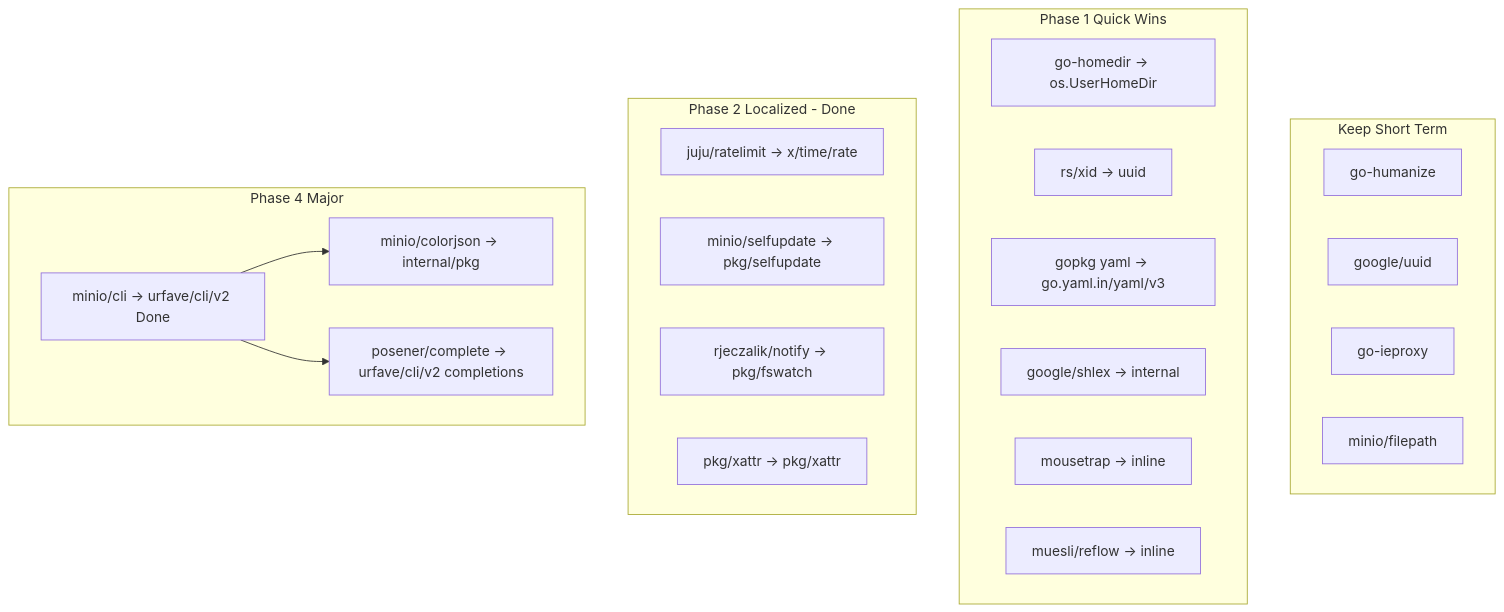
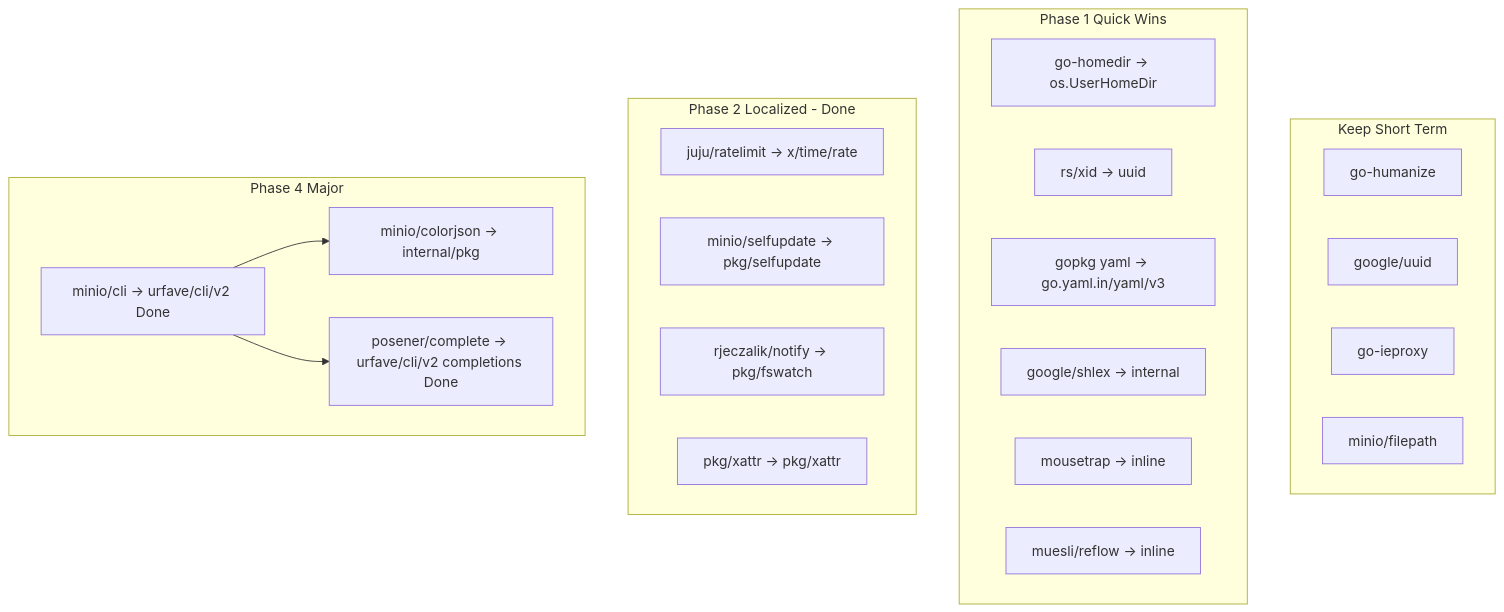
One commit to delta592/mc changed the diagram in DEP_PLAN.md. Above: the diagram before and after it, drawn with Mermaid. The commit also changed other lines of this file and 5 other files, not shown here.

First line of the commit message:
refactor(cli): migrate shell completion to urfave/cli/v2 APIs

````diff
--- a/DEP_PLAN.md
+++ b/DEP_PLAN.md
@@ -112,34 +112,34 @@
 ```mermaid
 flowchart TD
     subgraph keep [Keep Short Term]
         humanize[go-humanize]
         uuid[google/uuid]
         ieproxy[go-ieproxy]
         miniofilepath[minio/filepath]
     end
 
     subgraph phase1 [Phase 1 Quick Wins]
         homedir[go-homedir → os.UserHomeDir]
         xid[rs/xid → uuid]
         yaml[gopkg yaml → go.yaml.in/yaml/v3]
         shlex[google/shlex → internal]
         mousetrap[mousetrap → inline]
         reflow[muesli/reflow → inline]
     end
 
     subgraph phase2 [Phase 2 Localized - Done]
         ratelimit[juju/ratelimit → x/time/rate]
         selfupdate[minio/selfupdate → pkg/selfupdate]
         notify[rjeczalik/notify → pkg/fswatch]
         xattr[pkg/xattr → pkg/xattr]
     end
 
     subgraph phase4 [Phase 4 Major]
         cli[minio/cli → urfave/cli/v2 Done]
         colorjson[minio/colorjson → internal/pkg]
-        complete[posener/complete → urfave/cli/v2 completions]
+        complete[posener/complete → urfave/cli/v2 completions Done]
     end
 
     cli --> colorjson
     cli --> complete
 ```
````
